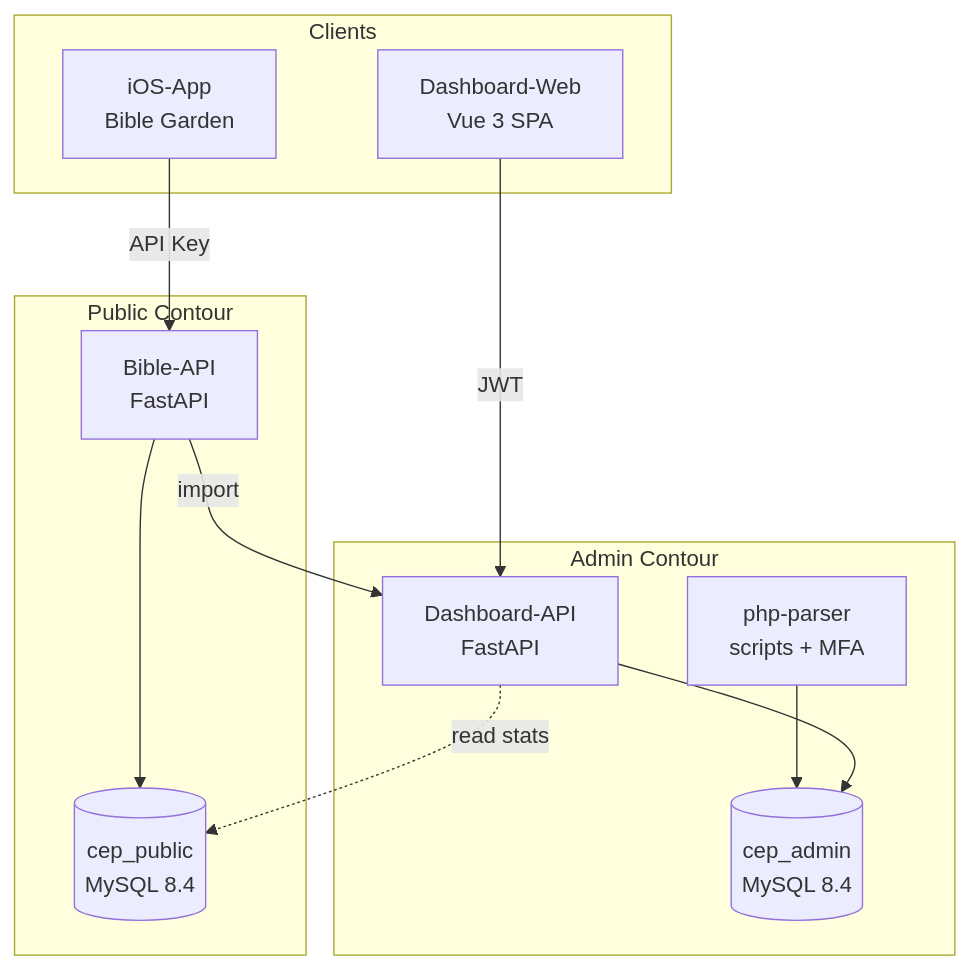
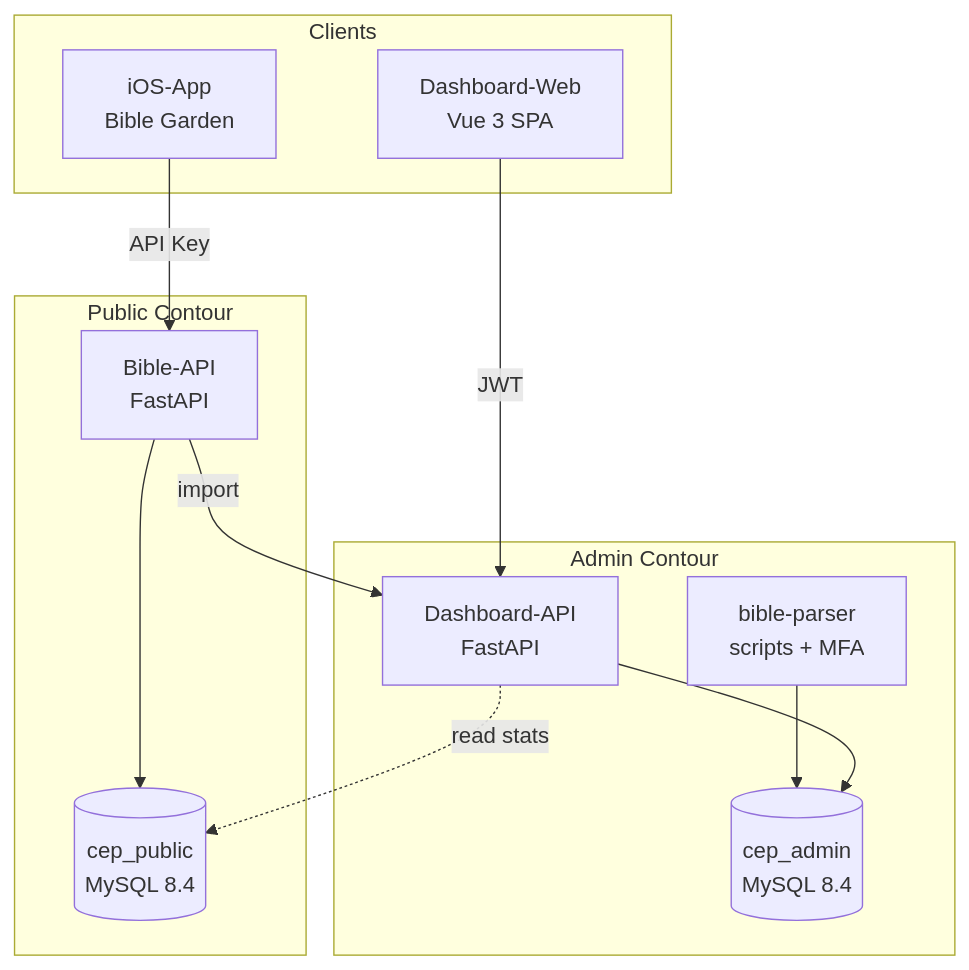
Before and after one commit to Bible-Garden/Architecture: the first of 5 diagrams in architecture.md, drawn with Mermaid. The commit also changed other lines of this file, not shown here.

````diff
--- a/architecture.md
+++ b/architecture.md
@@ -9,29 +9,29 @@
 ```mermaid
 graph TB
     subgraph Clients
         DASH[Dashboard-Web<br/>Vue 3 SPA]
         IOS[iOS-App<br/>Bible Garden]
     end
 
     subgraph Admin Contour
         ADM_API[Dashboard-API<br/>FastAPI]
         ADM_DB[(cep_admin<br/>MySQL 8.4)]
-        PARSER[php-parser<br/>scripts + MFA]
+        PARSER[bible-parser<br/>scripts + MFA]
     end
 
     subgraph Public Contour
         PUB_API[Bible-API<br/>FastAPI]
         PUB_DB[(cep_public<br/>MySQL 8.4)]
     end
 
     PARSER --> ADM_DB
 
     DASH -->|JWT| ADM_API
     ADM_API --> ADM_DB
     ADM_API -.->|read stats| PUB_DB
 
     IOS -->|API Key| PUB_API
     PUB_API --> PUB_DB
 
     PUB_API -->|import| ADM_API
 ```
````
